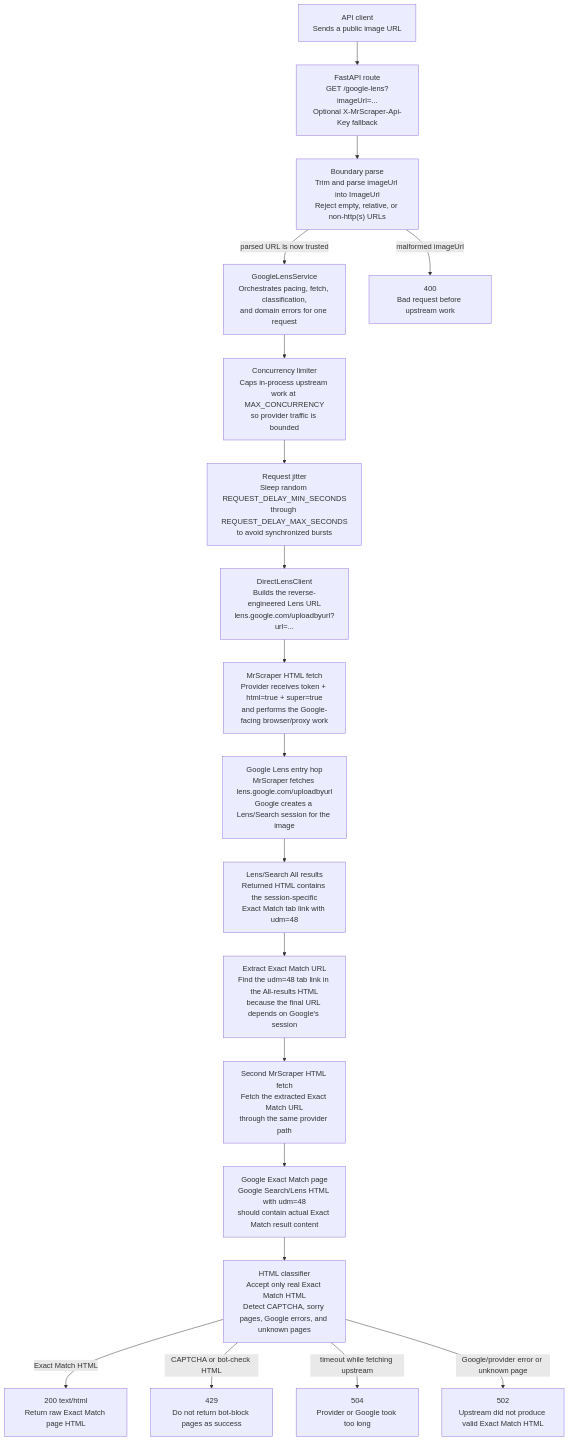
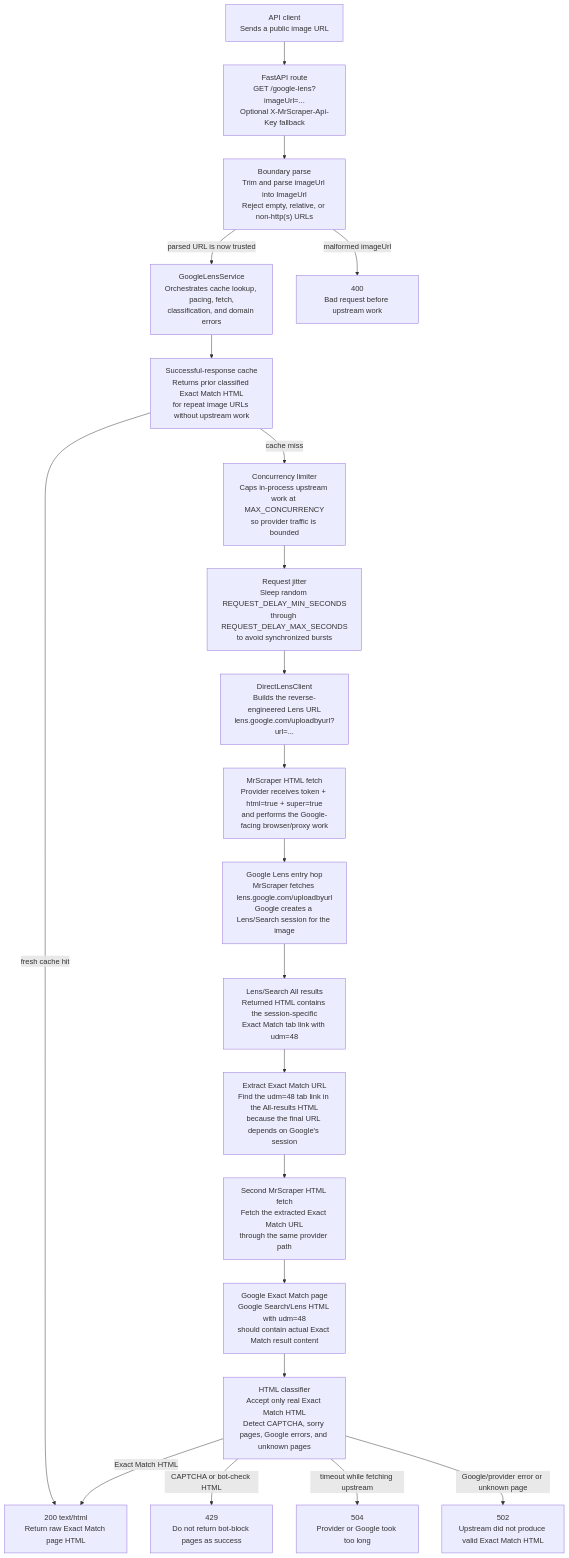
One commit to trumandaniels/API-for-Google-Lens changed the diagram in README.md. Above: the diagram before and after it, drawn with Mermaid. The commit also changed other lines of this file and 6 other files, not shown here.

Commit message:
Add response caching for Exact Match HTML with configurable settings

````diff
--- a/README.md
+++ b/README.md
@@ -106,21 +106,23 @@
 ```mermaid
 flowchart TD
     Client["API client<br/>Sends a public image URL"] --> Route["FastAPI route<br/>GET /google-lens?imageUrl=...<br/>Optional X-MrScraper-Api-Key fallback"]
     Route --> Parse["Boundary parse<br/>Trim and parse imageUrl into ImageUrl<br/>Reject empty, relative, or non-http(s) URLs"]
-    Parse -->|parsed URL is now trusted| Service["GoogleLensService<br/>Orchestrates pacing, fetch, classification,<br/>and domain errors for one request"]
-    Service --> Limit["Concurrency limiter<br/>Caps in-process upstream work at MAX_CONCURRENCY<br/>so provider traffic is bounded"]
+    Parse -->|parsed URL is now trusted| Service["GoogleLensService<br/>Orchestrates cache lookup, pacing, fetch,<br/>classification, and domain errors"]
+    Service --> Cache["Successful-response cache<br/>Returns prior classified Exact Match HTML<br/>for repeat image URLs without upstream work"]
+    Cache -->|cache miss| Limit["Concurrency limiter<br/>Caps in-process upstream work at MAX_CONCURRENCY<br/>so provider traffic is bounded"]
+    Cache -->|fresh cache hit| Success
     Limit --> Jitter["Request jitter<br/>Sleep random REQUEST_DELAY_MIN_SECONDS<br/>through REQUEST_DELAY_MAX_SECONDS<br/>to avoid synchronized bursts"]
     Jitter --> Direct["DirectLensClient<br/>Builds the reverse-engineered Lens URL<br/>lens.google.com/uploadbyurl?url=..."]
     Direct --> ProviderEntry["MrScraper HTML fetch<br/>Provider receives token + html=true + super=true<br/>and performs the Google-facing browser/proxy work"]
     ProviderEntry --> Lens["Google Lens entry hop<br/>MrScraper fetches lens.google.com/uploadbyurl<br/>Google creates a Lens/Search session for the image"]
     Lens --> Search["Lens/Search All results<br/>Returned HTML contains the session-specific<br/>Exact Match tab link with udm=48"]
     Search --> Extract["Extract Exact Match URL<br/>Find the udm=48 tab link in the All-results HTML<br/>because the final URL depends on Google's session"]
     Extract --> ProviderExact["Second MrScraper HTML fetch<br/>Fetch the extracted Exact Match URL<br/>through the same provider path"]
     ProviderExact --> Exact["Google Exact Match page<br/>Google Search/Lens HTML with udm=48<br/>should contain actual Exact Match result content"]
     Exact --> Classifier["HTML classifier<br/>Accept only real Exact Match HTML<br/>Detect CAPTCHA, sorry pages, Google errors, and unknown pages"]
     Parse -->|malformed imageUrl| BadRequest["400<br/>Bad request before upstream work"]
     Classifier -->|Exact Match HTML| Success["200 text/html<br/>Return raw Exact Match page HTML"]
     Classifier -->|CAPTCHA or bot-check HTML| Blocked["429<br/>Do not return bot-block pages as success"]
     Classifier -->|timeout while fetching upstream| Timeout["504<br/>Provider or Google took too long"]
     Classifier -->|Google/provider error or unknown page| UpstreamError["502<br/>Upstream did not produce valid Exact Match HTML"]
 ```
````
